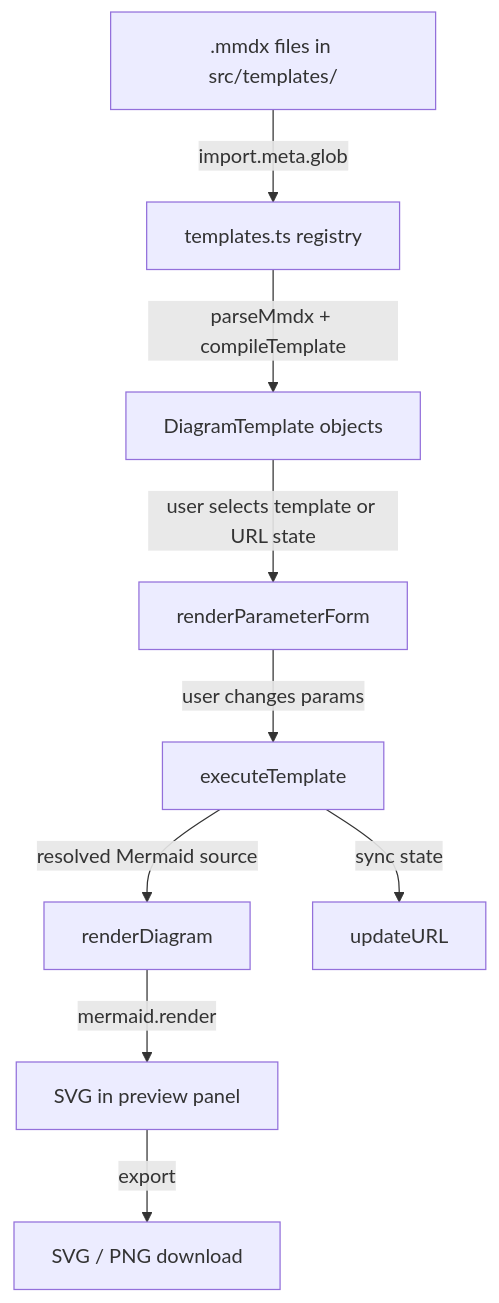
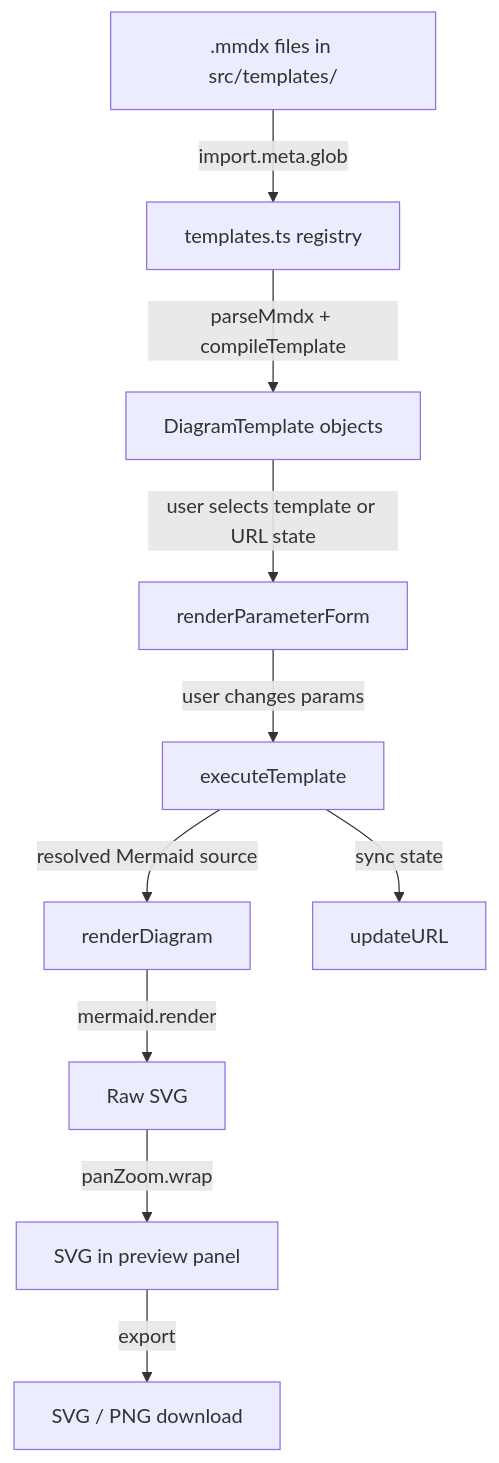
Before and after one commit to smithco-pro/parametric-diagrams: the second of 2 diagrams in docs/architecture/overview.md, drawn with Mermaid. The commit also changed other lines of this file and 2 other files, not shown here.

Commit message:
Updating documentation for new zoom feature and navbar

````diff
--- a/docs/architecture/overview.md
+++ b/docs/architecture/overview.md
@@ -20,11 +22,12 @@
 ```mermaid
 flowchart TD
     A[".mmdx files in src/templates/"] -->|import.meta.glob| B[templates.ts registry]
     B -->|parseMmdx + compileTemplate| C[DiagramTemplate objects]
     C -->|user selects template or URL state| D[renderParameterForm]
     D -->|user changes params| E[executeTemplate]
     E -->|resolved Mermaid source| F[renderDiagram]
     E -->|sync state| I[updateURL]
-    F -->|mermaid.render| G[SVG in preview panel]
+    F -->|mermaid.render| F2[Raw SVG]
+    F2 -->|panZoom.wrap| G[SVG in preview panel]
     G -->|export| H[SVG / PNG download]
 ```
````
